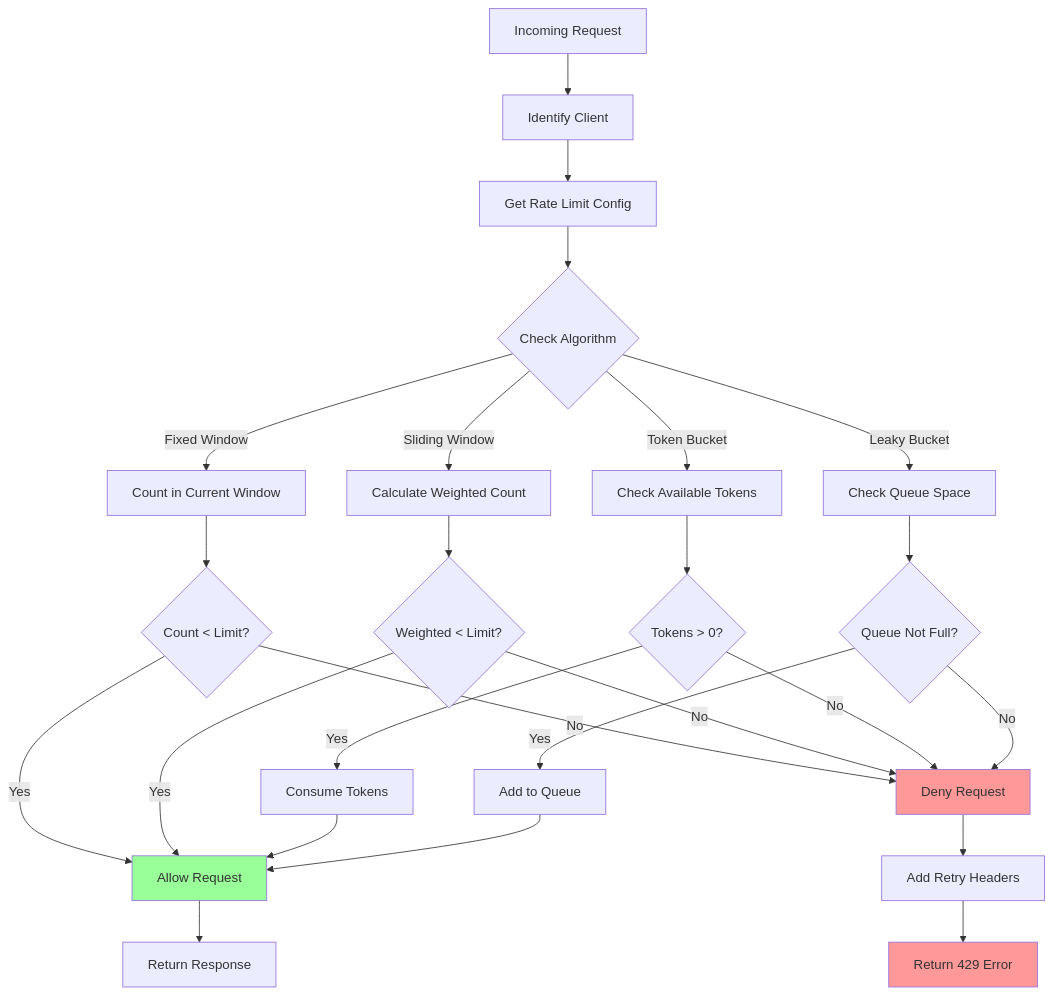
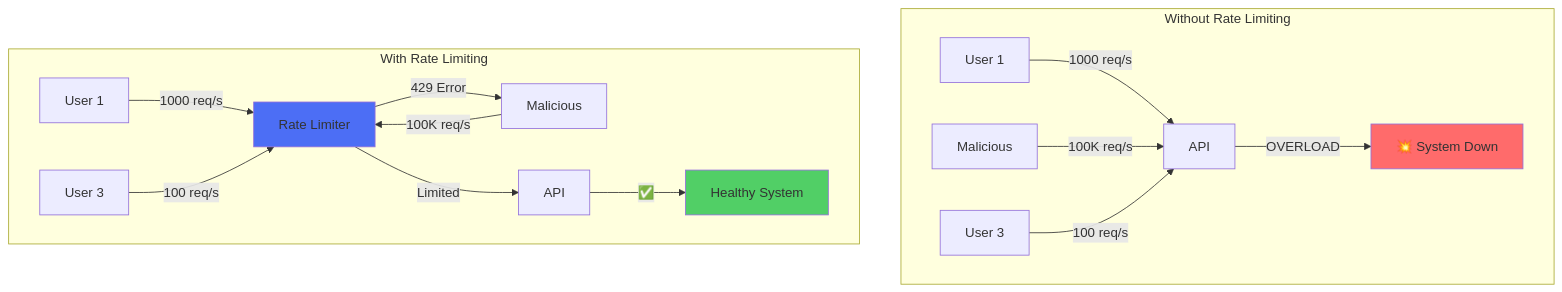
Before and after one commit to deepaucksharma/DStudio: the first of 6 diagrams in docs/pattern-library/scaling/rate-limiting.md, drawn with Mermaid. The commit also changed other lines of this file and 4 other files, not shown here.

````diff
--- a/docs/pattern-library/scaling/rate-limiting.md
+++ b/docs/pattern-library/scaling/rate-limiting.md
@@ -182,39 +88,22 @@
 ```mermaid
-flowchart TD
-    Start[Incoming Request] --> Identity[Identify Client]
-    Identity --> GetLimit[Get Rate Limit Config]
+graph TB
+    subgraph "Without Rate Limiting"
+        U1[User 1] -->|1000 req/s| API1[API]
+        U2[Malicious] -->|100K req/s| API1
+        U3[User 3] -->|100 req/s| API1
+        API1 -->|OVERLOAD| X[💥 System Down]
+    end
     
-    GetLimit --> Check{Check Algorithm}
+    subgraph "With Rate Limiting"
+        V1[User 1] -->|1000 req/s| RL[Rate Limiter]
+        V2[Malicious] -->|100K req/s| RL
+        V3[User 3] -->|100 req/s| RL
+        RL -->|Limited| API2[API]
+        RL -->|429 Error| V2
+        API2 -->|✅| OK[Healthy System]
+    end
     
-    Check -->|Fixed Window| FW[Count in Current Window]
-    Check -->|Sliding Window| SW[Calculate Weighted Count]
-    Check -->|Token Bucket| TB[Check Available Tokens]
-    Check -->|Leaky Bucket| LB[Check Queue Space]
-    
-    FW --> FWDecide{Count < Limit?}
-    SW --> SWDecide{Weighted < Limit?}
-    TB --> TBDecide{Tokens > 0?}
-    LB --> LBDecide{Queue Not Full?}
-    
-    FWDecide -->|Yes| Allow[Allow Request]
-    FWDecide -->|No| Deny[Deny Request]
-    
-    SWDecide -->|Yes| Allow
-    SWDecide -->|No| Deny
-    
-    TBDecide -->|Yes| Consume[Consume Tokens]
-    TBDecide -->|No| Deny
-    Consume --> Allow
-    
-    LBDecide -->|Yes| Queue[Add to Queue]
-    LBDecide -->|No| Deny
-    Queue --> Allow
-    
-    Allow --> Response[Return Response]
-    Deny --> Headers[Add Retry Headers]
-    Headers --> Error[Return 429 Error]
-    
-    style Allow fill:#9f9
-    style Deny fill:#f99
-    style Error fill:#f99
+    style X fill:#ff6b6b
+    style OK fill:#51cf66
+    style RL fill:#4c6ef5
 ```
````
